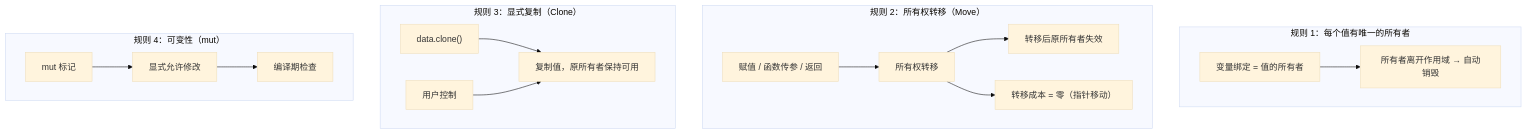
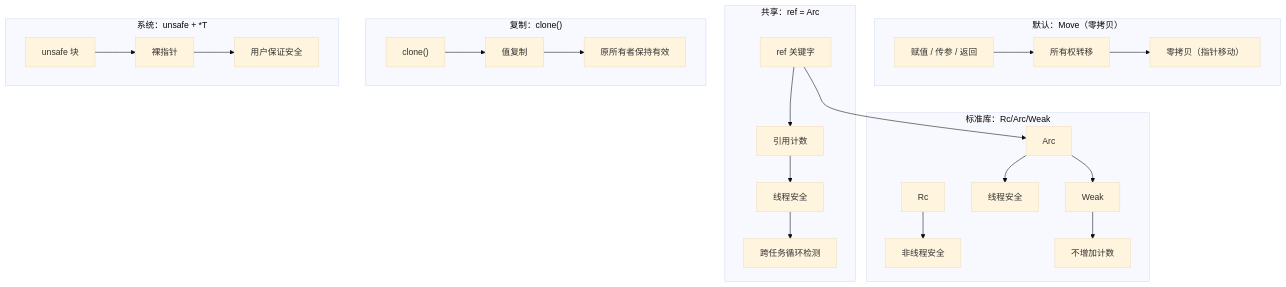
The diagram in docs/design/rfc/009-ownership-model.md (ChenXu233/YaoXiang), drawn with Mermaid (base theme) before and after one commit. The commit also changed other lines of this file and 2 other files, not shown here.

````diff
--- a/docs/design/rfc/009-ownership-model.md
+++ b/docs/design/rfc/009-ownership-model.md
@@ -168,22 +122,29 @@
 ```mermaid
 flowchart TB
-    subgraph 规则1["规则 1：每个值有唯一的所有者"]
-        A1["变量绑定 = 值的所有者"] --> A2["所有者离开作用域 → 自动销毁"]
+    subgraph 默认["默认：Move（零拷贝）"]
+        A1["赋值 / 传参 / 返回"] --> A2["所有权转移"]
+        A2 --> A3["零拷贝（指针移动）"]
     end
 
-    subgraph 规则2["规则 2：所有权转移（Move）"]
-        B1["赋值 / 函数传参 / 返回"] --> B2["所有权转移"]
-        B2 --> B3["转移后原所有者失效"]
-        B2 --> B4["转移成本 = 零（指针移动）"]
+    subgraph 共享["共享：ref = Arc"]
+        B1["ref 关键字"] --> B2["引用计数"]
+        B2 --> B3["线程安全"]
+        B3 --> B4["跨任务循环检测"]
     end
 
-    subgraph 规则3["规则 3：显式复制（Clone）"]
-        C1["data.clone()"] --> C2["复制值，原所有者保持可用"]
-        C3["用户控制"] --> C2
+    subgraph 复制["复制：clone()"]
+        C1["clone()"] --> C2["值复制"]
+        C2 --> C3["原所有者保持有效"]
     end
 
-    subgraph 规则4["规则 4：可变性（mut）"]
-        D1["mut 标记"] --> D2["显式允许修改"]
-        D2 --> D3["编译期检查"]
+    subgraph 标准库["标准库：Rc/Arc/Weak"]
+        D1["Rc"] --> D2["非线程安全"]
+        B1 --> D3["Arc"] --> D4["线程安全"]
+        D3 --> D5["Weak"] --> D6["不增加计数"]
+    end
+
+    subgraph 系统["系统：unsafe + *T"]
+        E1["unsafe 块"] --> E2["裸指针"]
+        E2 --> E3["用户保证安全"]
     end
 ```
````
